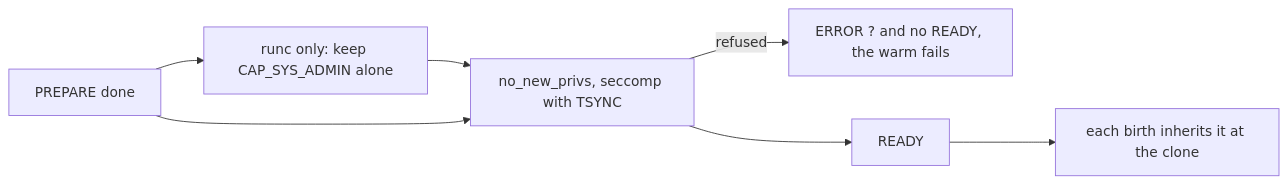
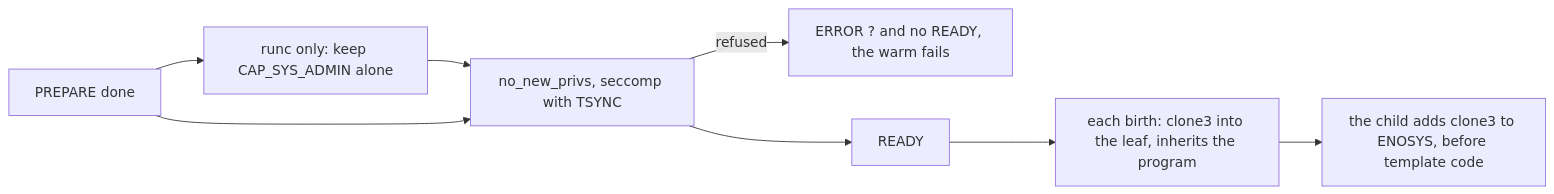
Before and after one commit to helayoty/fiberd: the diagram in docs/design/seccomp.md, drawn with Mermaid. The commit also changed other lines of this file and 3 other files, not shown here.

````diff
--- a/docs/design/seccomp.md
+++ b/docs/design/seccomp.md
@@ -11,9 +11,10 @@
 ```mermaid
 flowchart LR
   P[PREPARE done] --> C["runc only: keep CAP_SYS_ADMIN alone"]
   C --> F["no_new_privs, seccomp with TSYNC"]
   P --> F
   F -->|refused| E["ERROR ? and no READY, the warm fails"]
   F --> R[READY]
-  R --> B["each birth inherits it at the clone"]
+  R --> B["each birth: clone3 into the leaf, inherits the program"]
+  B --> K["the child adds clone3 to ENOSYS, before template code"]
 ```
````
